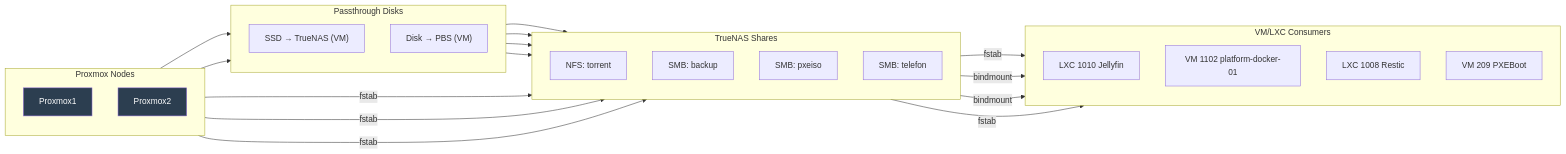
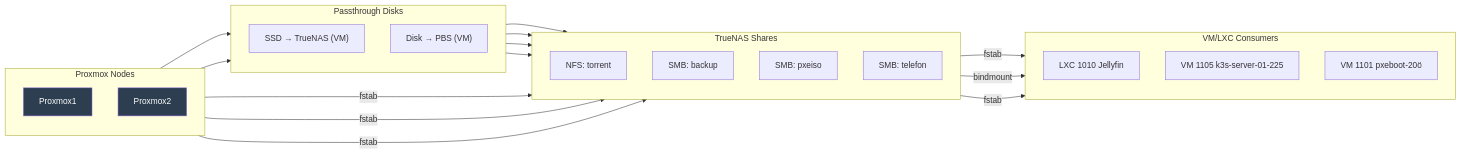
Before and after one commit to torokrolf/homelab: the first of 2 diagrams in 13-Design_Decisions/README.md, drawn with Mermaid.

````diff
--- a/13-Design_Decisions/README.md
+++ b/13-Design_Decisions/README.md
@@ -68,57 +68,55 @@
 ```mermaid
 flowchart LR
     linkStyle default interpolate basis
 
     %% PROXMOX LAYER
     subgraph PROXMOX["Proxmox Nodes"]
         direction TB
         PVE1["Proxmox1"]
         PVE2["Proxmox2"]
     end
 
     %% PASSTHROUGH LAYER
     subgraph STORAGE["Passthrough Disks"]
         direction TB
         SSD_TRUENAS["SSD → TrueNAS (VM)"]
         SSD_PBS["Disk → PBS (VM)"]
     end
 
     %% EXPORT LAYER
     subgraph EXPORTS["TrueNAS Shares"]
         direction TB
         NFS["NFS: torrent"]
         SMB1["SMB: backup"]
         SMB2["SMB: pxeiso"]
         SMB3["SMB: telefon"]
     end
 
     %% CONSUMERS
     subgraph CONSUMERS["VM/LXC Consumers"]
         direction TB
         JELLY["LXC 1010 Jellyfin"]
-        DOCKER["VM 1102 platform-docker-01"]
-        RESTIC["LXC 1008 Restic"]
-        PXEVM["VM 209 PXEBoot"]
+        K3S["VM 1105 k3s-server-01-225"]
+        PXEVM["VM 1101 pxeboot-20ö"]
     end
 
     %% Connections
     PVE2 --> SSD_TRUENAS
     PVE2 --> SSD_PBS
 
     SSD_TRUENAS --> NFS
     SSD_TRUENAS --> SMB1
     SSD_TRUENAS --> SMB2
     SSD_TRUENAS --> SMB3
 
     PVE1 -->|fstab| NFS
     PVE1 -->|fstab| SMB1
     PVE1 -->|fstab| SMB2
 
-    NFS -->|fstab| DOCKER
+    NFS -->|fstab| K3S
     NFS -->|bindmount| JELLY
-    SMB1 -->|bindmount| RESTIC
     SMB2 -->|fstab| PXEVM
 
     classDef pve fill:#2c3e50,color:#fff;
     class PVE1,PVE2 pve;
 ```
````
